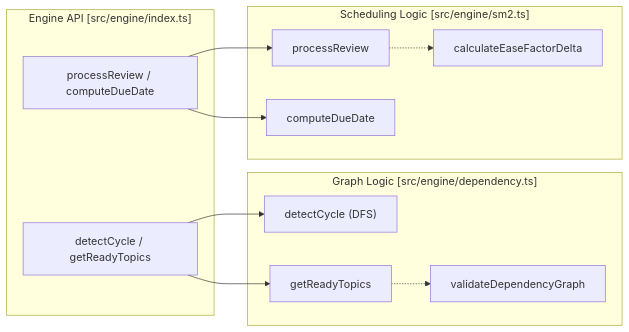
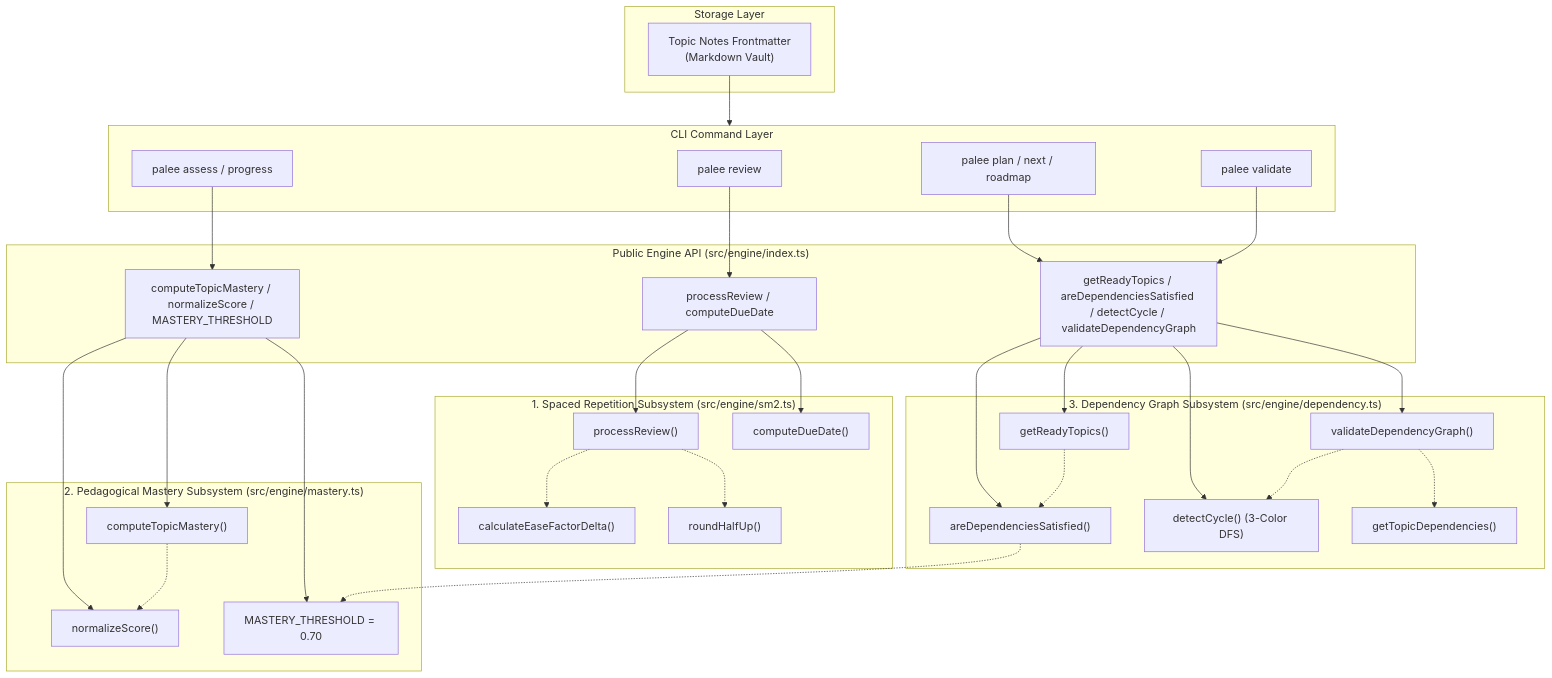
Before and after one commit to Kuldeep2822k/cli: the first of 2 diagrams in docs/03-0-engine-core.md, drawn with Mermaid. The commit also changed other lines of this file and 27 other files, not shown here.

````diff
--- a/docs/03-0-engine-core.md
+++ b/docs/03-0-engine-core.md
@@ -20,23 +28,65 @@
 ```mermaid
-flowchart LR
-    subgraph subGraph2 ["Graph Logic #91;src/engine/dependency.ts#93;"]
-        DEP_CYCLE["detectCycle (DFS)"]
-        DEP_READY["getReadyTopics"]
-        DEP_VAL["validateDependencyGraph"]
+flowchart TD
+    subgraph Storage ["Storage Layer"]
+        TopicStore["Topic Notes Frontmatter<br/>(Markdown Vault)"]
     end
-    subgraph subGraph1 ["Scheduling Logic #91;src/engine/sm2.ts#93;"]
-        SM2_EF["calculateEaseFactorDelta"]
-        SM2_PROC["processReview"]
-        SM2_DATE["computeDueDate"]
+
+    subgraph API ["Public Engine API (src/engine/index.ts)"]
+        ExpSM2["processReview / computeDueDate"]
+        ExpMastery["computeTopicMastery / normalizeScore / MASTERY_THRESHOLD"]
+        ExpDep["getReadyTopics / areDependenciesSatisfied / detectCycle / validateDependencyGraph"]
     end
-    subgraph subGraph0 ["Engine API #91;src/engine/index.ts#93;"]
-        API_SM2["processReview / computeDueDate"]
-        API_DEP["detectCycle / getReadyTopics"]
+
+    subgraph SM2Sub ["1. Spaced Repetition Subsystem (src/engine/sm2.ts)"]
+        SM2_PROC["processReview()"]
+        SM2_EF["calculateEaseFactorDelta()"]
+        SM2_DATE["computeDueDate()"]
+        SM2_ROUND["roundHalfUp()"]
     end
-    API_SM2 --> SM2_PROC
-    API_SM2 --> SM2_DATE
-    API_DEP --> DEP_CYCLE
-    API_DEP --> DEP_READY
+
+    subgraph MasterySub ["2. Pedagogical Mastery Subsystem (src/engine/mastery.ts)"]
+        MAST_COMP["computeTopicMastery()"]
+        MAST_NORM["normalizeScore()"]
+        MAST_THRESH["MASTERY_THRESHOLD = 0.70"]
+    end
+
+    subgraph DepSub ["3. Dependency Graph Subsystem (src/engine/dependency.ts)"]
+        DEP_READY["getReadyTopics()"]
+        DEP_SAT["areDependenciesSatisfied()"]
+        DEP_CYCLE["detectCycle() (3-Color DFS)"]
+        DEP_VAL["validateDependencyGraph()"]
+        DEP_EXT["getTopicDependencies()"]
+    end
+
+    subgraph CLI ["CLI Command Layer"]
+        CmdReview["palee review"]
+        CmdAssess["palee assess / progress"]
+        CmdPlan["palee plan / next / roadmap"]
+        CmdVal["palee validate"]
+    end
+
+    TopicStore --> CLI
+    CmdReview --> ExpSM2
+    CmdAssess --> ExpMastery
+    CmdPlan --> ExpDep
+    CmdVal --> ExpDep
+
+    ExpSM2 --> SM2_PROC
+    ExpSM2 --> SM2_DATE
     SM2_PROC -.-> SM2_EF
-    DEP_READY -.-> DEP_VAL
+    SM2_PROC -.-> SM2_ROUND
+
+    ExpMastery --> MAST_COMP
+    ExpMastery --> MAST_NORM
+    ExpMastery --> MAST_THRESH
+    MAST_COMP -.-> MAST_NORM
+
+    ExpDep --> DEP_READY
+    ExpDep --> DEP_SAT
+    ExpDep --> DEP_CYCLE
+    ExpDep --> DEP_VAL
+    DEP_READY -.-> DEP_SAT
+    DEP_SAT -.-> MAST_THRESH
+    DEP_VAL -.-> DEP_CYCLE
+    DEP_VAL -.-> DEP_EXT
 ```
````
